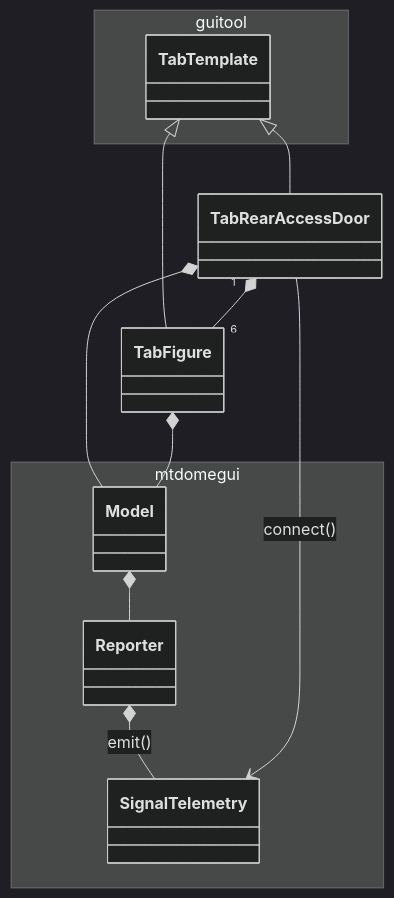
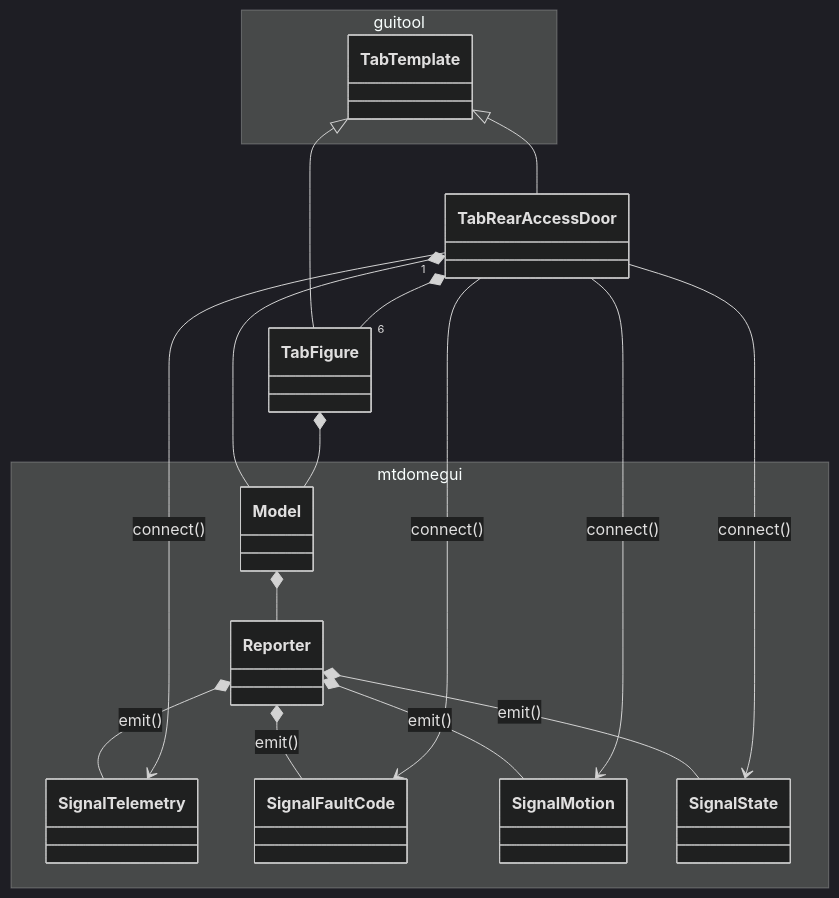
One commit to lsst-ts/ts_mtdomegui changed the diagram in doc/uml/tab/class_tab_rear_access_door.mmd. Above: the diagram before and after it, drawn with Mermaid (dark theme). The commit also changed 6 other files, not shown here.

```diff
--- a/doc/uml/tab/class_tab_rear_access_door.mmd
+++ b/doc/uml/tab/class_tab_rear_access_door.mmd
@@ -1,24 +1,33 @@
 classDiagram
 
 namespace guitool {
   class TabTemplate
 }
 
 namespace mtdomegui {
   class Model
   class Reporter
   class SignalTelemetry
+  class SignalFaultCode
+  class SignalMotion
+  class SignalState
 }
 
 Model *-- Reporter
 
 Reporter *-- SignalTelemetry : emit()
+Reporter *-- SignalFaultCode : emit()
+Reporter *-- SignalMotion : emit()
+Reporter *-- SignalState : emit()
 
 TabTemplate <|-- TabRearAccessDoor
 TabTemplate <|-- TabFigure
 
 TabRearAccessDoor *-- Model
 TabRearAccessDoor "1" *-- "6" TabFigure
 TabRearAccessDoor --> SignalTelemetry : connect()
+TabRearAccessDoor --> SignalFaultCode : connect()
+TabRearAccessDoor --> SignalMotion : connect()
+TabRearAccessDoor --> SignalState : connect()
 
 TabFigure *-- Model
```
